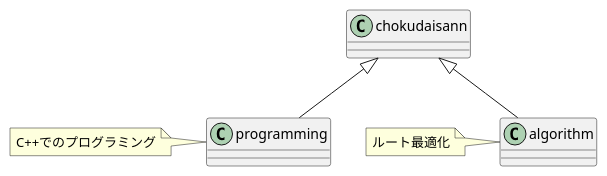
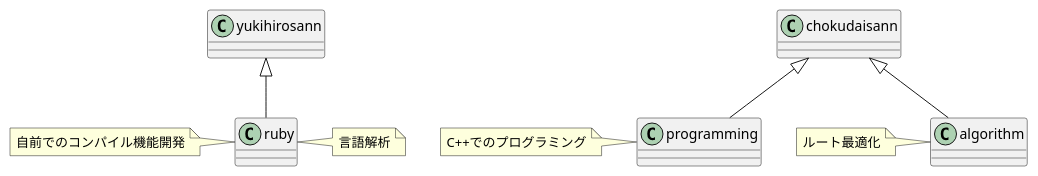
One commit to sakuriver/TechReport changed the third of 3 diagrams in GeekFes2022Spring/mysummary.puml. Above: the diagram before and after it, drawn with PlantUML. The commit also changed 4 other files, not shown here.

```diff
--- a/GeekFes2022Spring/mysummary.puml
+++ b/GeekFes2022Spring/mysummary.puml
@@ -38,6 +35,12 @@
 @startuml deepsea
+
+yukihirosann <|-- ruby
+note left of ruby: 自前でのコンパイル機能開発
+note right of ruby: 言語解析
+
+
 chokudaisann <|-- programming
 note left of programming: C++でのプログラミング
 chokudaisann <|-- algorithm
 note left of algorithm: ルート最適化
 @enduml
```
